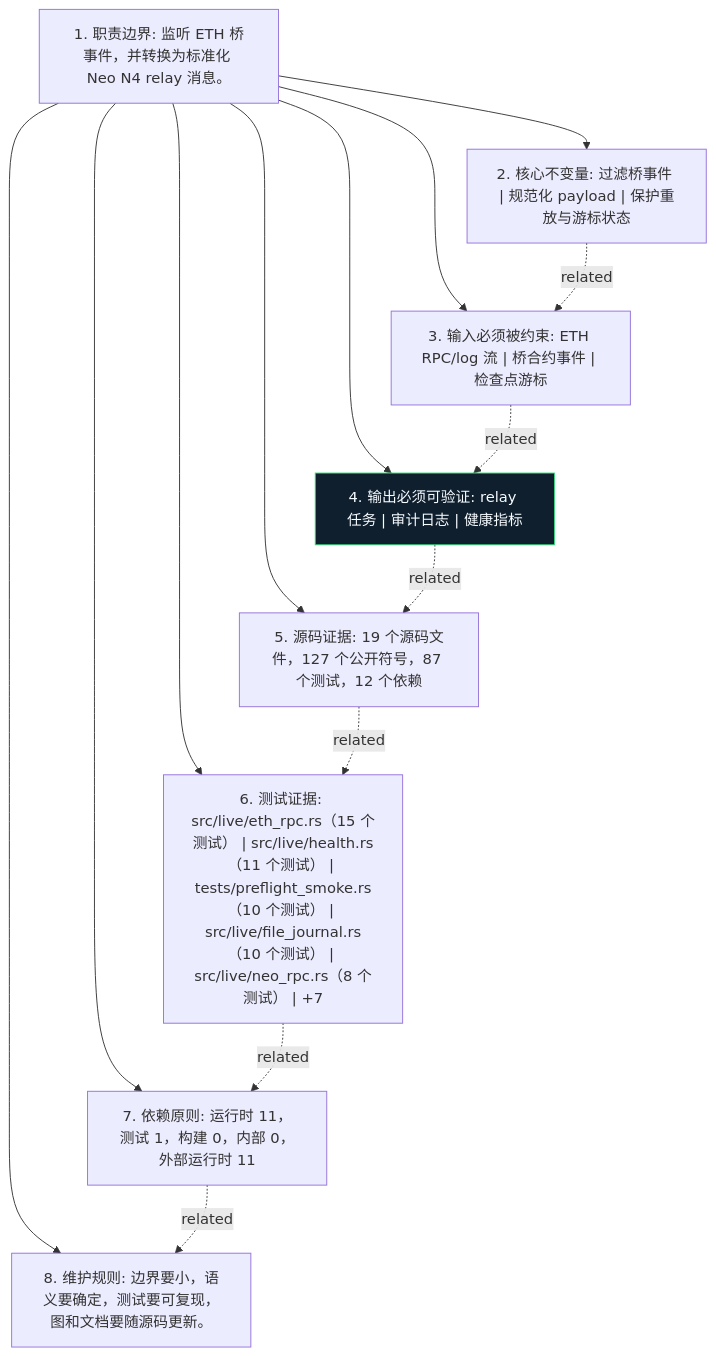
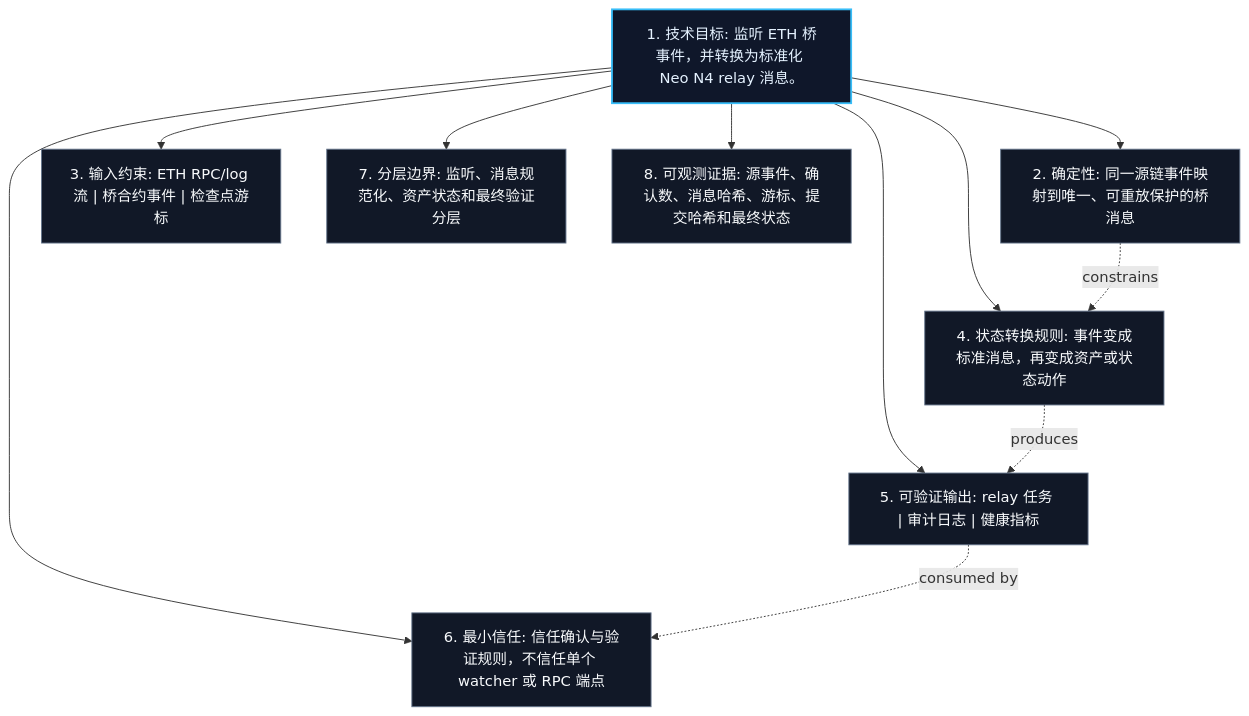
The diagram in watchers/neo-bridge-watcher-eth/docs/figures/principles.zh.mmd (r3e-network/neo-n4), drawn with Mermaid before and after one commit. The commit also changed 515 other files, not shown here.

Commit message:
Replace crate diagrams with technical views

```diff
--- a/watchers/neo-bridge-watcher-eth/docs/figures/principles.zh.mmd
+++ b/watchers/neo-bridge-watcher-eth/docs/figures/principles.zh.mmd
@@ -1,24 +1,23 @@
 flowchart TB
-    N1["1. 职责边界: 监听 ETH 桥事件，并转换为标准化 Neo N4 relay 消息。"]
-    N2["2. 核心不变量: 过滤桥事件 | 规范化 payload | 保护重放与游标状态"]
-    N3["3. 输入必须被约束: ETH RPC/log 流 | 桥合约事件 | 检查点游标"]
-    N4["4. 输出必须可验证: relay 任务 | 审计日志 | 健康指标"]
-    N5["5. 源码证据: 19 个源码文件，127 个公开符号，87 个测试，12 个依赖"]
-    N6["6. 测试证据: src/live/eth_rpc.rs（15 个测试） | src/live/health.rs（11 个测试） | tests/preflight_smoke.rs（10 个测试） | src/live/file_journal.rs（10 个测试） | src/live/neo_rpc.rs（8 个测试） | +7"]
-    N7["7. 依赖原则: 运行时 11，测试 1，构建 0，内部 0，外部运行时 11"]
-    N8["8. 维护规则: 边界要小，语义要确定，测试要可复现，图和文档要随源码更新。"]
+    N1["1. 技术目标: 监听 ETH 桥事件，并转换为标准化 Neo N4 relay 消息。"]
+    N2["2. 确定性: 同一源链事件映射到唯一、可重放保护的桥消息"]
+    N3["3. 输入约束: ETH RPC/log 流 | 桥合约事件 | 检查点游标"]
+    N4["4. 状态转换规则: 事件变成标准消息，再变成资产或状态动作"]
+    N5["5. 可验证输出: relay 任务 | 审计日志 | 健康指标"]
+    N6["6. 最小信任: 信任确认与验证规则，不信任单个 watcher 或 RPC 端点"]
+    N7["7. 分层边界: 监听、消息规范化、资产状态和最终验证分层"]
+    N8["8. 可观测证据: 源事件、确认数、消息哈希、游标、提交哈希和最终状态"]
     N1 --> N2
     N1 --> N3
     N1 --> N4
     N1 --> N5
     N1 --> N6
     N1 --> N7
     N1 --> N8
-    N2 -. related .-> N3
-    N3 -. related .-> N4
-    N4 -. related .-> N5
-    N5 -. related .-> N6
-    N6 -. related .-> N7
-    N7 -. related .-> N8
-    classDef crate fill:#101f2d,stroke:#38d978,color:#f6fbff
-    class N4 crate
+    N2 -. constrains .-> N4
+    N4 -. produces .-> N5
+    N5 -. consumed by .-> N6
+    classDef core fill:#0f172a,stroke:#38bdf8,color:#e5f2ff,stroke-width:2px;
+    classDef support fill:#111827,stroke:#64748b,color:#f8fafc;
+    class N1 core;
+    class N2,N3,N4,N5,N6,N7,N8 support;
```
